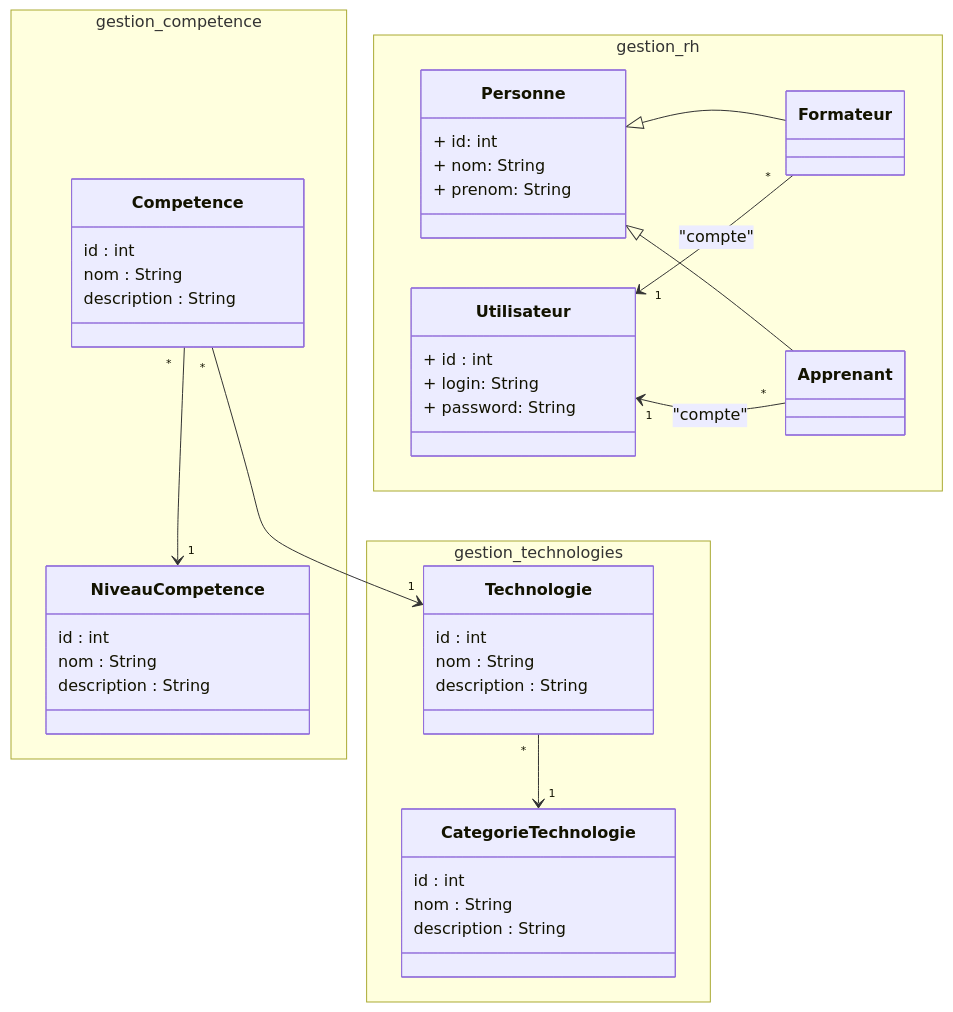
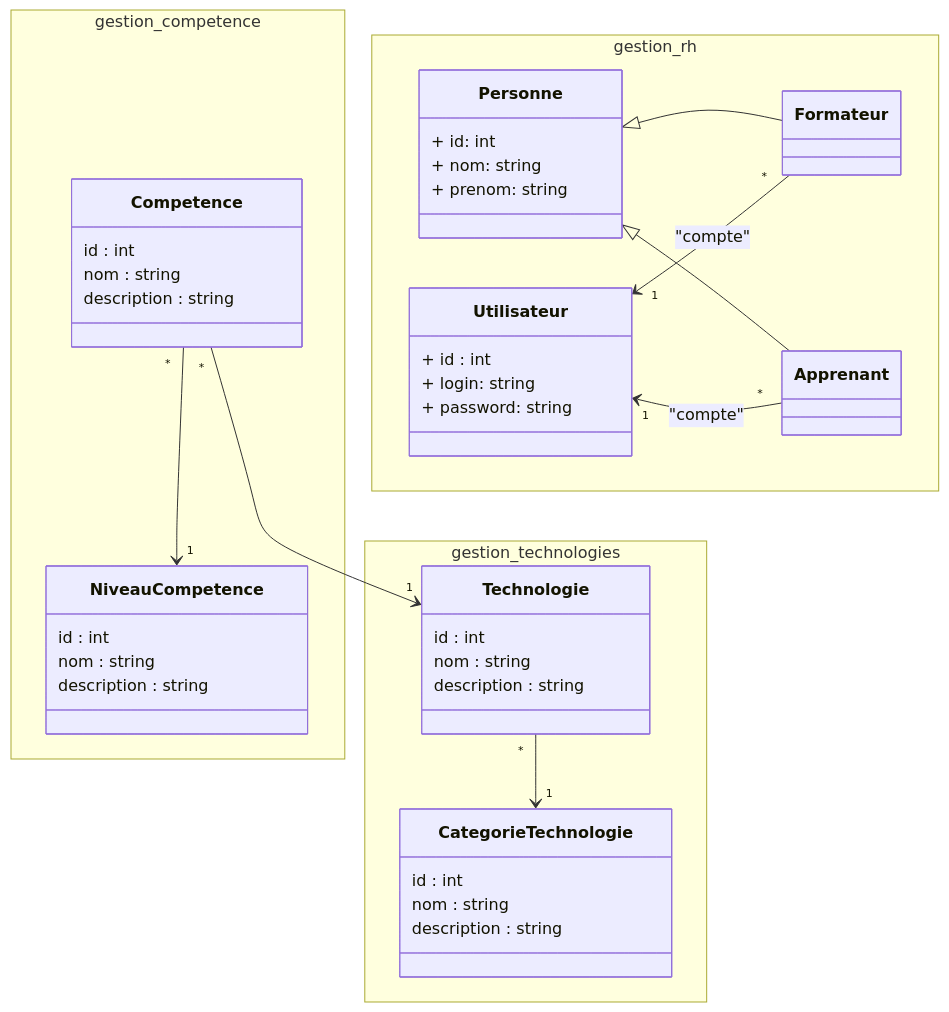
One commit to zaani12/prototype changed the diagram in modélisation/pk_global/classes-global.mmd. Above: the diagram before and after it, drawn with Mermaid. The commit also changed 32 other files, not shown here.

```diff
--- a/modélisation/pk_global/classes-global.mmd
+++ b/modélisation/pk_global/classes-global.mmd
@@ -1,59 +1,59 @@
 classDiagram 
 
 namespace gestion_competence {
   class Competence {
     id : int
-    nom : String
-    description : String
+    nom : string
+    description : string
   }
   class NiveauCompetence {
     id : int
-    nom : String
-    description : String
+    nom : string
+    description : string
   }
 }
 
 namespace gestion_technologies {
   class Technologie {
     id : int
-    nom : String
-    description : String
+    nom : string
+    description : string
   }
   class CategorieTechnologie {
     id : int
-    nom : String
-    description : String
+    nom : string
+    description : string
   }
 }
 
 Competence "*" --> "1" NiveauCompetence
 Competence "*" --> "1" Technologie 
  
 namespace gestion_rh{
   class Personne {
       + id: int 
-      + nom: String 
-      + prenom: String 
+      + nom: string 
+      + prenom: string 
   }
 
   class Utilisateur {
       + id : int
-      + login: String 
-      + password: String 
+      + login: string 
+      + password: string 
 
   }
   class Formateur{
   }
   class Apprenant{
   }
 }
 
 Personne <|-- Formateur
 Personne <|-- Apprenant
 
 Utilisateur "1" <-- "*" Formateur : "compte"
 Utilisateur "1" <-- "*" Apprenant : "compte"
 
 
 
 Technologie "*" --> "1" CategorieTechnologie
```
